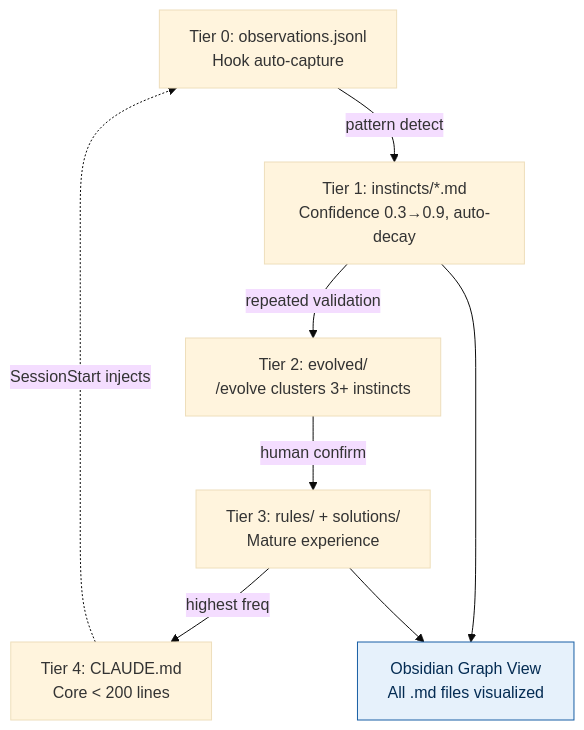
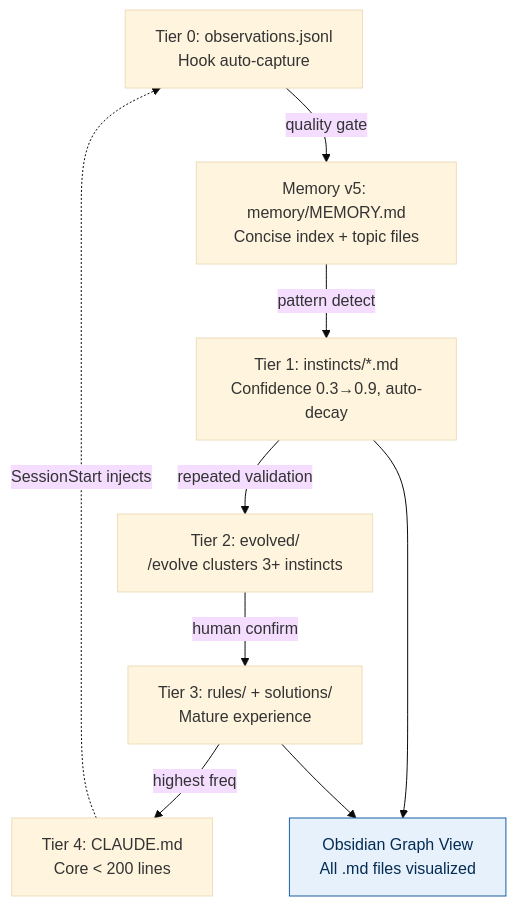
Before and after one commit to songuu/tech-persistence: the third of 6 diagrams in README.md, drawn with Mermaid (base theme). The commit also changed other lines of this file and 27 other files, not shown here.

````diff
--- a/README.md
+++ b/README.md
@@ -111,19 +111,21 @@
 ```mermaid
 flowchart TD
     T0["Tier 0: observations.jsonl\nHook auto-capture"]
+    M0["Memory v5: memory/MEMORY.md\nConcise index + topic files"]
     T1["Tier 1: instincts/*.md\nConfidence 0.3→0.9, auto-decay"]
     T2["Tier 2: evolved/\n/evolve clusters 3+ instincts"]
     T3["Tier 3: rules/ + solutions/\nMature experience"]
     T4["Tier 4: CLAUDE.md\nCore < 200 lines"]
     OBS["Obsidian Graph View\nAll .md files visualized"]
 
-    T0 -->|"pattern detect"| T1
+    T0 -->|"quality gate"| M0
+    M0 -->|"pattern detect"| T1
     T1 -->|"repeated validation"| T2
     T2 -->|"human confirm"| T3
     T3 -->|"highest freq"| T4
     T4 -.->|"SessionStart injects"| T0
     T1 --> OBS
     T3 --> OBS
 
     style OBS fill:#E6F1FB,stroke:#185FA5,color:#042C53
 ```
````
